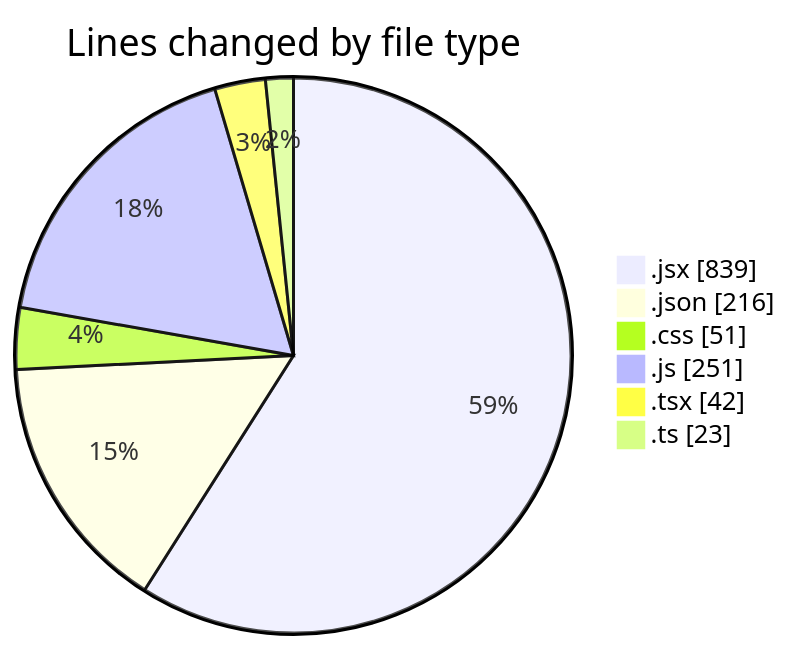
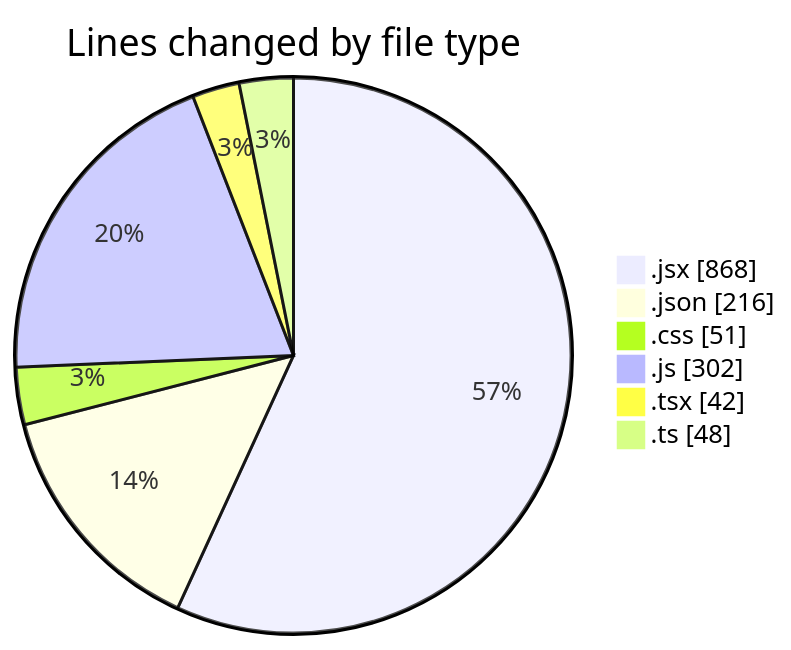
Before and after one commit to momahboobian/code-tracking: the first of 2 diagrams in 2026-03-19/commonwealth-front-end-task/README.md, drawn with Mermaid. The commit also changed other lines of this file and 1 other file, not shown here.

````diff
--- a/2026-03-19/commonwealth-front-end-task/README.md
+++ b/2026-03-19/commonwealth-front-end-task/README.md
@@ -33,10 +37,10 @@
 ```mermaid
 pie showData
 title Lines changed by file type
-".jsx" : 839
+".jsx" : 868
 ".json" : 216
 ".css" : 51
-".js" : 251
+".js" : 302
 ".tsx" : 42
-".ts" : 23
+".ts" : 48
 ```
````
